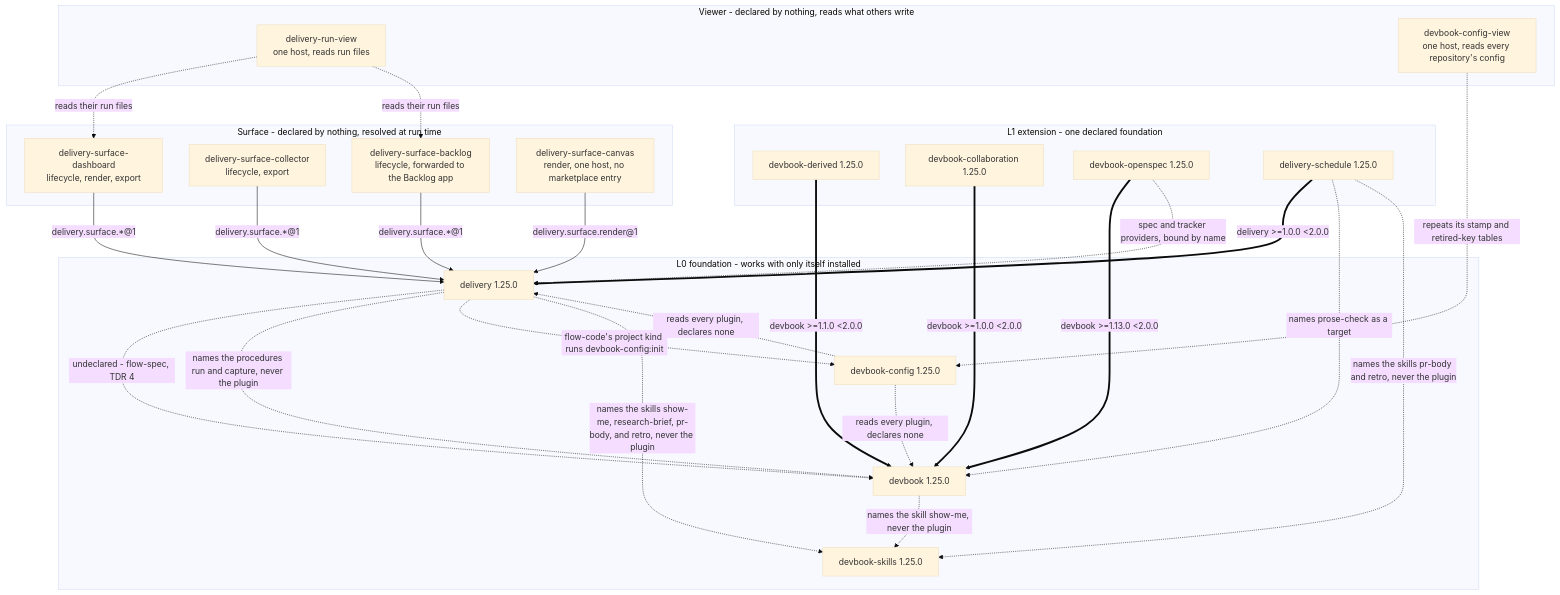
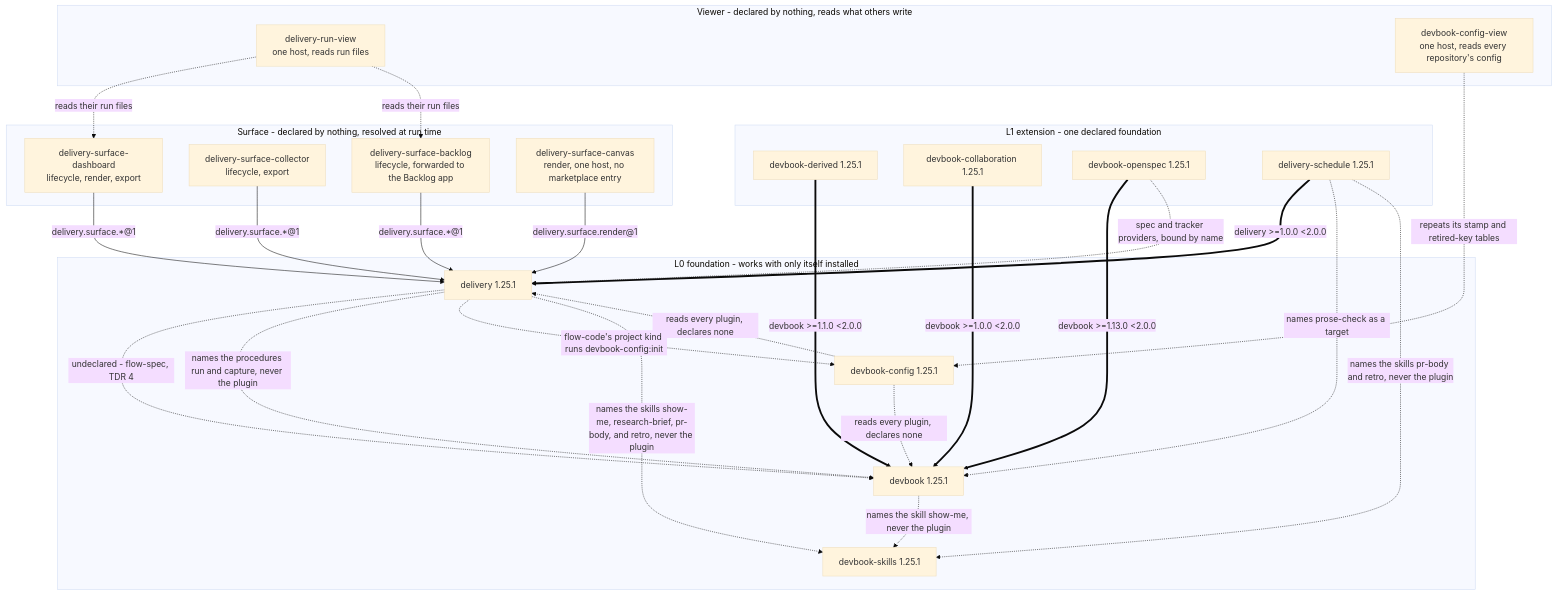
The first of 3 diagrams in .devbook/arc42/05-building-block-view.md (JSdotNet/devbook), drawn with Mermaid (base theme) before and after one commit. The commit also changed 28 other files, not shown here.

````diff
--- a/.devbook/arc42/05-building-block-view.md
+++ b/.devbook/arc42/05-building-block-view.md
@@ -29,52 +29,52 @@
 ```mermaid
 flowchart TB
     subgraph L0["L0 foundation - works with only itself installed"]
-        DEV["devbook 1.25.0"]
-        DEL["delivery 1.25.0"]
-        CFG["devbook-config 1.25.0"]
-        SKL["devbook-skills 1.25.0"]
+        DEV["devbook 1.25.1"]
+        DEL["delivery 1.25.1"]
+        CFG["devbook-config 1.25.1"]
+        SKL["devbook-skills 1.25.1"]
     end
 
     subgraph L1["L1 extension - one declared foundation"]
-        DBD["devbook-derived 1.25.0"]
-        DBC["devbook-collaboration 1.25.0"]
-        DOS["devbook-openspec 1.25.0"]
-        SCH["delivery-schedule 1.25.0"]
+        DBD["devbook-derived 1.25.1"]
+        DBC["devbook-collaboration 1.25.1"]
+        DOS["devbook-openspec 1.25.1"]
+        SCH["delivery-schedule 1.25.1"]
     end
 
     subgraph SURF["Surface - declared by nothing, resolved at run time"]
         SD["delivery-surface-dashboard<br/>lifecycle, render, export"]
         SL["delivery-surface-collector<br/>lifecycle, export"]
         SB["delivery-surface-backlog<br/>lifecycle, forwarded to the Backlog app"]
         SC["delivery-surface-canvas<br/>render, one host, no marketplace entry"]
     end
 
     subgraph VIEW["Viewer - declared by nothing, reads what others write"]
         RV["delivery-run-view<br/>one host, reads run files"]
         CV["devbook-config-view<br/>one host, reads every repository's config"]
     end
 
     DBD ==>|"devbook >=1.1.0 &lt;2.0.0"| DEV
     DBC ==>|"devbook >=1.0.0 &lt;2.0.0"| DEV
     DOS ==>|"devbook >=1.13.0 &lt;2.0.0"| DEV
     SCH ==>|"delivery >=1.0.0 &lt;2.0.0"| DEL
 
     SD -->|"delivery.surface.*@1"| DEL
     SL -->|"delivery.surface.*@1"| DEL
     SB -->|"delivery.surface.*@1"| DEL
     SC -->|"delivery.surface.render@1"| DEL
     RV -.->|"reads their run files"| SD
     RV -.->|"reads their run files"| SB
     CV -.->|"repeats its stamp and retired-key tables"| CFG
 
     SCH -.->|"names prose-check as a target"| DEV
     DEL -.->|"undeclared - flow-spec, TDR 4"| DEV
     DEL -.->|"names the procedures run and capture, never the plugin"| DEV
     CFG -.->|"reads every plugin, declares none"| DEV
     CFG -.->|"reads every plugin, declares none"| DEL
     DEL -.->|"flow-code's project kind runs devbook-config:init"| CFG
     DOS -.->|"spec and tracker providers, bound by name"| DEL
     DEV -.->|"names the skill show-me, never the plugin"| SKL
     DEL -.->|"names the skills show-me, research-brief, pr-body, and retro, never the plugin"| SKL
     SCH -.->|"names the skills pr-body and retro, never the plugin"| SKL
 ```
````
